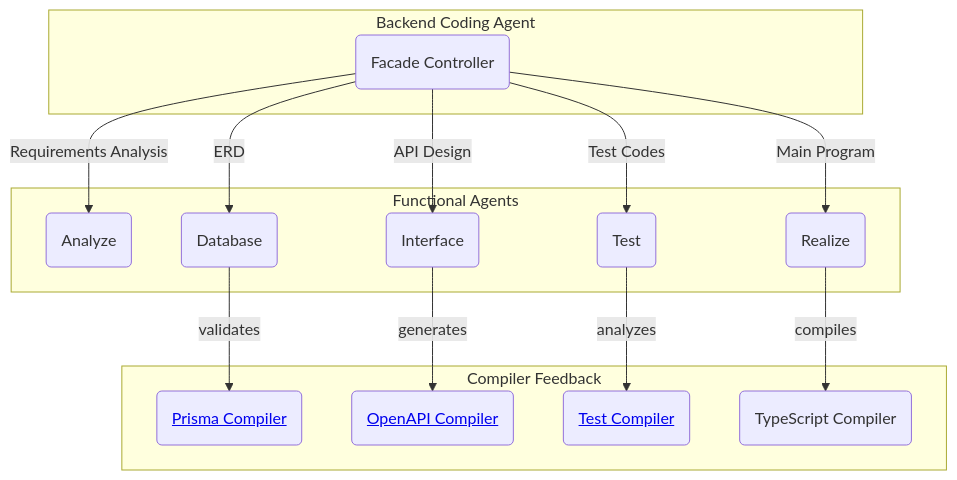
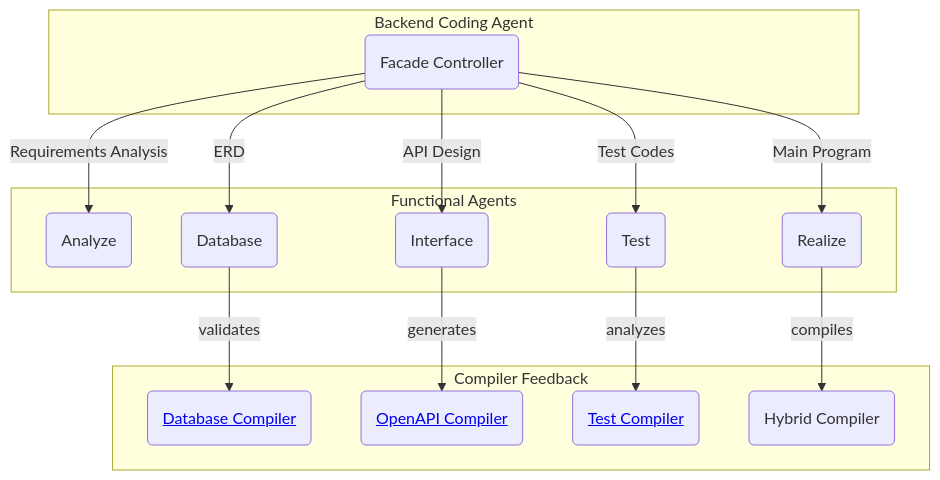
The first of 2 diagrams in README.md (RavenView-ai/autobe), drawn with Mermaid before and after one commit. The commit also changed 19 other files, not shown here.

````diff
--- a/README.md
+++ b/README.md
@@ -99,19 +99,19 @@
 ```mermaid
 flowchart
 subgraph "Backend Coding Agent"
   coder("Facade Controller")
 end
 subgraph "Functional Agents"
   coder --"Requirements Analysis"--> analyze("Analyze")
   coder --"ERD"--> database("Database")
   coder --"API Design"--> interface("Interface")
   coder --"Test Codes" --> test("Test")
   coder --"Main Program" --> realize("Realize")
 end
 subgraph "Compiler Feedback"
-  database --"validates" --> prismaCompiler("<a href="https://github.com/wrtnlabs/autobe/blob/main/packages/interface/src/database/AutoBeDatabase.ts" target="_blank">Prisma Compiler</a>")
+  database --"validates" --> prismaCompiler("<a href="https://github.com/wrtnlabs/autobe/blob/main/packages/interface/src/database/AutoBeDatabase.ts" target="_blank">Database Compiler</a>")
   interface --"generates" --> openapiCompiler("<a href="https://github.com/wrtnlabs/autobe/blob/main/packages/interface/src/openapi/AutoBeOpenApi.ts" target="_blank">OpenAPI Compiler</a>")
   test --"analyzes" --> testCompiler("<a href="https://github.com/wrtnlabs/autobe/blob/main/packages/interface/src/test/AutoBeTest.ts" target="_blank">Test Compiler</a>")
-  realize --"compiles" --> realizeCompiler("TypeScript Compiler")
+  realize --"compiles" --> realizeCompiler("Hybrid Compiler")
 end
 ```
````
